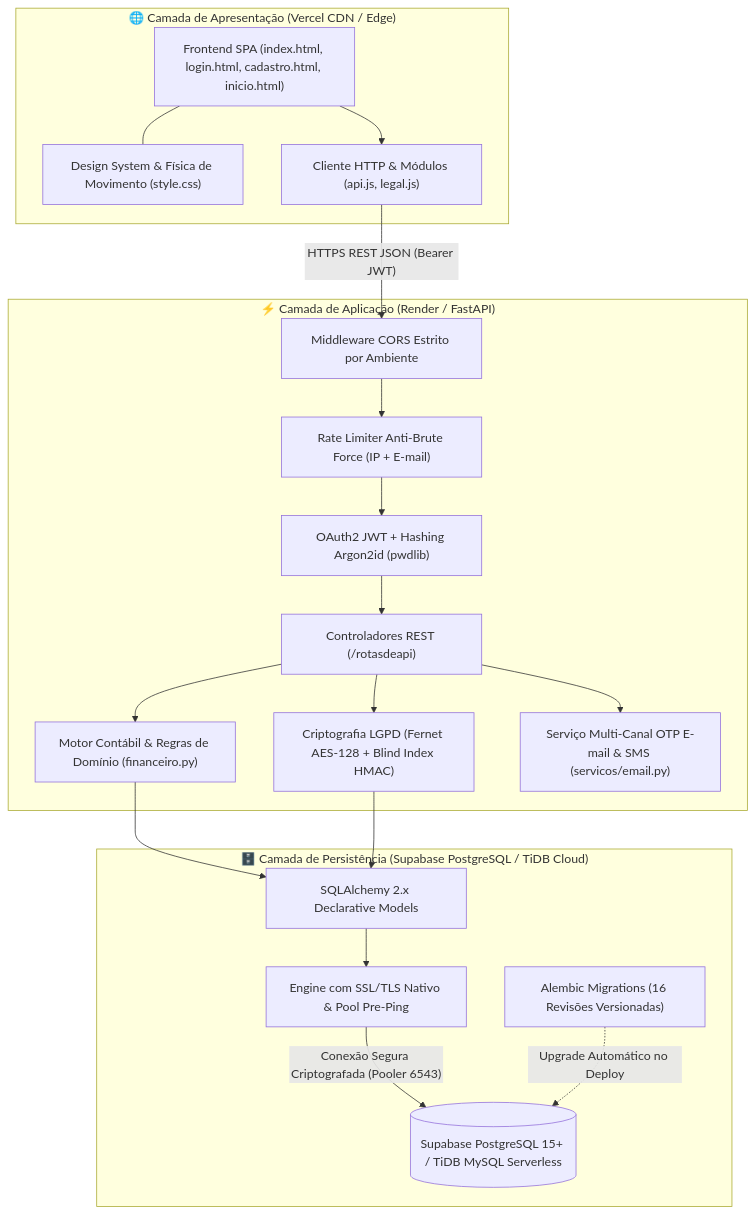
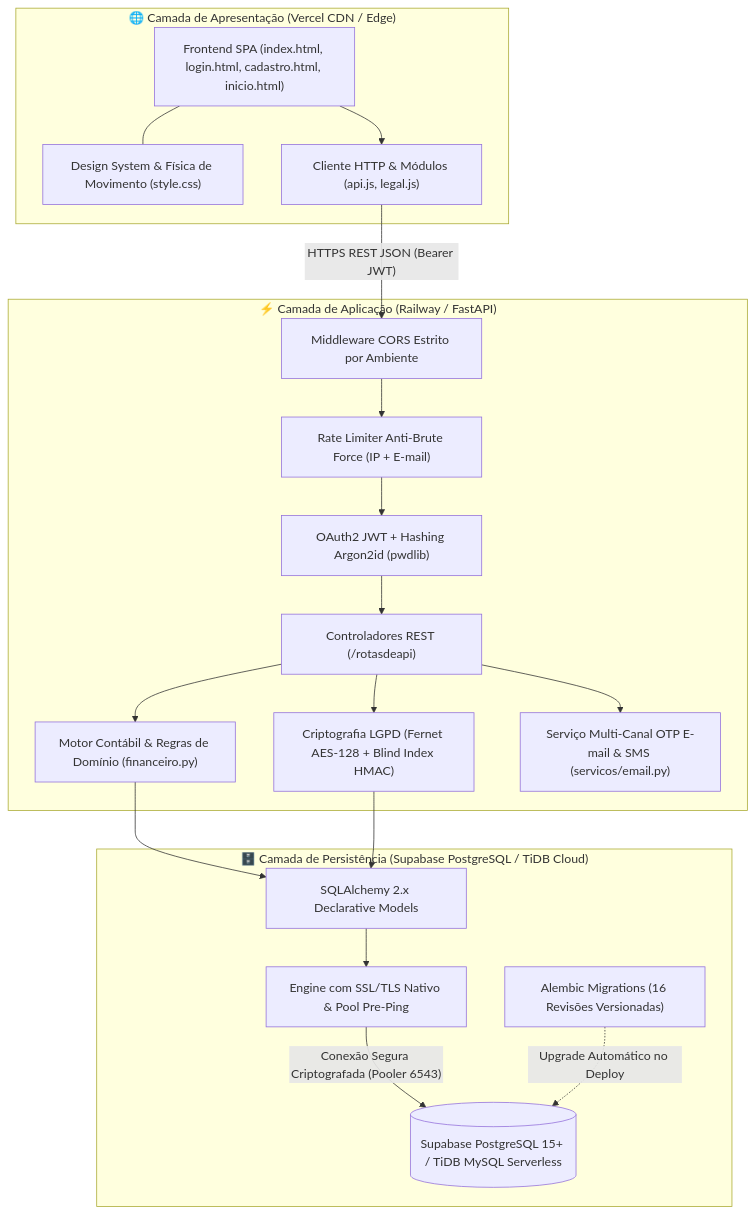
The first of 2 diagrams in README.md (arthurcamrocha20052008/fluxo_caixa), drawn with Mermaid before and after one commit. The commit also changed other lines of this file and 23 other files, not shown here.

````diff
--- a/README.md
+++ b/README.md
@@ -100,41 +100,41 @@
 ```mermaid
 flowchart TD
     subgraph PresentationLayer ["🌐 Camada de Apresentação (Vercel CDN / Edge)"]
         SPA["Frontend SPA (index.html, login.html, cadastro.html, inicio.html)"]
         DESIGN["Design System & Física de Movimento (style.css)"]
         HTTP_CLIENT["Cliente HTTP & Módulos (api.js, legal.js)"]
         SPA --- DESIGN
         SPA --> HTTP_CLIENT
     end
 
-    subgraph ApplicationLayer ["⚡ Camada de Aplicação (Render / FastAPI)"]
+    subgraph ApplicationLayer ["⚡ Camada de Aplicação (Railway / FastAPI)"]
         CORS_FILTER["Middleware CORS Estrito por Ambiente"]
         RATE_LIMIT["Rate Limiter Anti-Brute Force (IP + E-mail)"]
         SECURITY_MOD["OAuth2 JWT + Hashing Argon2id (pwdlib)"]
         ROUTERS["Controladores REST (/rotasdeapi)"]
         ENGINE["Motor Contábil & Regras de Domínio (financeiro.py)"]
         CRYPTO["Criptografia LGPD (Fernet AES-128 + Blind Index HMAC)"]
         OTP_SVC["Serviço Multi-Canal OTP E-mail & SMS (servicos/email.py)"]
 
         HTTP_CLIENT -- "HTTPS REST JSON (Bearer JWT)" --> CORS_FILTER
         CORS_FILTER --> RATE_LIMIT
         RATE_LIMIT --> SECURITY_MOD
         SECURITY_MOD --> ROUTERS
         ROUTERS --> ENGINE
         ROUTERS --> CRYPTO
         ROUTERS --> OTP_SVC
     end
 
     subgraph PersistenceLayer ["🗄️ Camada de Persistência (Supabase PostgreSQL / TiDB Cloud)"]
         ORM["SQLAlchemy 2.x Declarative Models"]
         POOL["Engine com SSL/TLS Nativo & Pool Pre-Ping"]
         ALEMBIC["Alembic Migrations (16 Revisões Versionadas)"]
         DATABASE[("Supabase PostgreSQL 15+ / TiDB MySQL Serverless")]
 
         ENGINE --> ORM
         CRYPTO --> ORM
         ORM --> POOL
         POOL -- "Conexão Segura Criptografada (Pooler 6543)" --> DATABASE
         ALEMBIC -. "Upgrade Automático no Deploy" .-> DATABASE
     end
 ```
````
